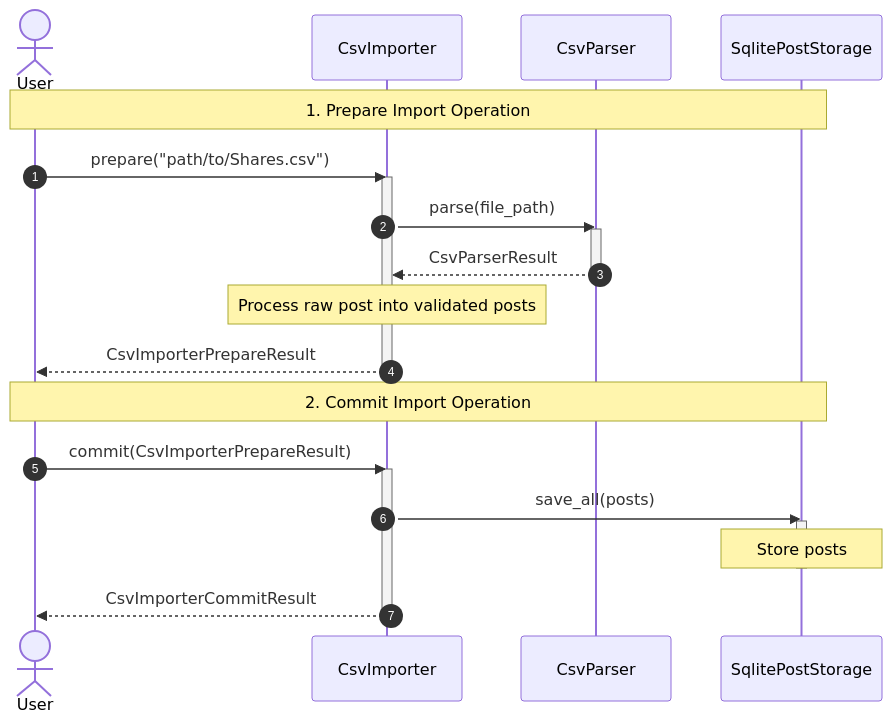
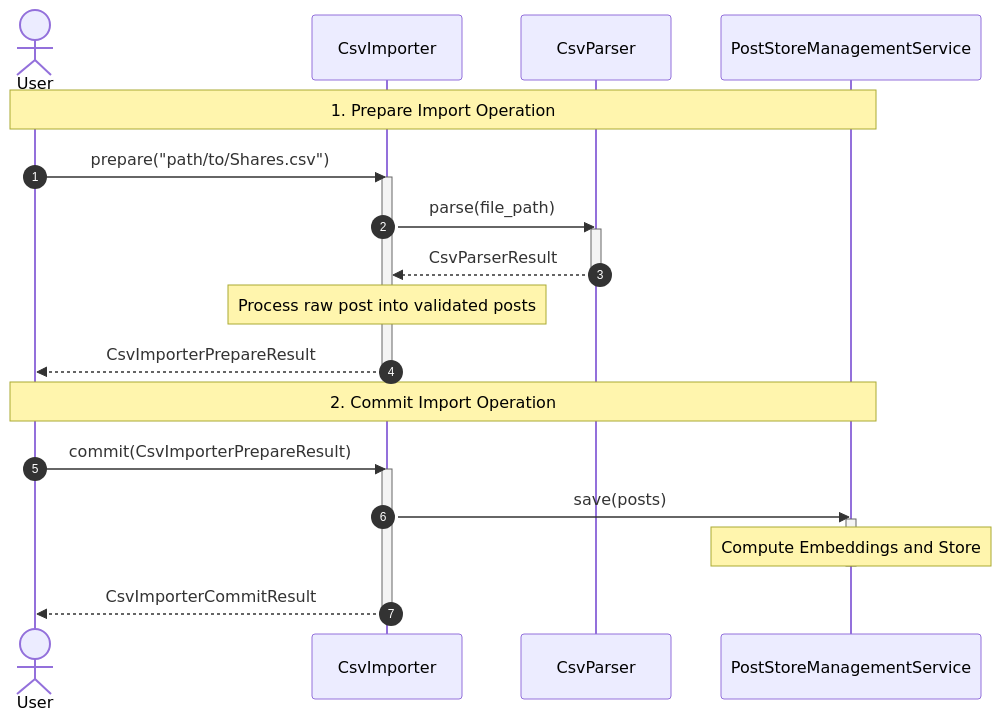
The diagram in src/linkedin_idea_to_post/use_case/linkedin_ingestion/README.md (ADarko22/linkedin-idea-to-post), drawn with Mermaid before and after one commit. The commit also changed other lines of this file and 15 other files, not shown here.

Commit message:
Rename and adopt PostPostManagementService in DraftService and CsvImport. Add documentation.

````diff
--- a/src/linkedin_idea_to_post/use_case/linkedin_ingestion/README.md
+++ b/src/linkedin_idea_to_post/use_case/linkedin_ingestion/README.md
@@ -9,27 +9,27 @@
 ```mermaid
 sequenceDiagram
     autonumber
     actor User
     participant Importer as CsvImporter
     participant Parser as CsvParser
-    participant DB as SqlitePostStorage
-    Note over User, DB: 1. Prepare Import Operation
+    participant Store as PostStoreManagementService
+    Note over User, Store: 1. Prepare Import Operation
     User ->> Importer: prepare("path/to/Shares.csv")
     activate Importer
     Importer ->> Parser: parse(file_path)
     activate Parser
     Parser -->> Importer: CsvParserResult
     deactivate Parser
     Note over Importer: Process raw post into validated posts
     Importer -->> User: CsvImporterPrepareResult
     deactivate Importer
-    Note over User, DB: 2. Commit Import Operation
+    Note over User, Store: 2. Commit Import Operation
     User ->> Importer: commit(CsvImporterPrepareResult)
     activate Importer
-    Importer ->> DB: save_all(posts)
-    activate DB
-    Note over DB: Store posts
-    deactivate DB
+    Importer ->> Store: save(posts)
+    activate Store
+    Note over Store: Compute Embeddings and Store
+    deactivate Store
     Importer -->> User: CsvImporterCommitResult
     deactivate Importer
 ```
````
